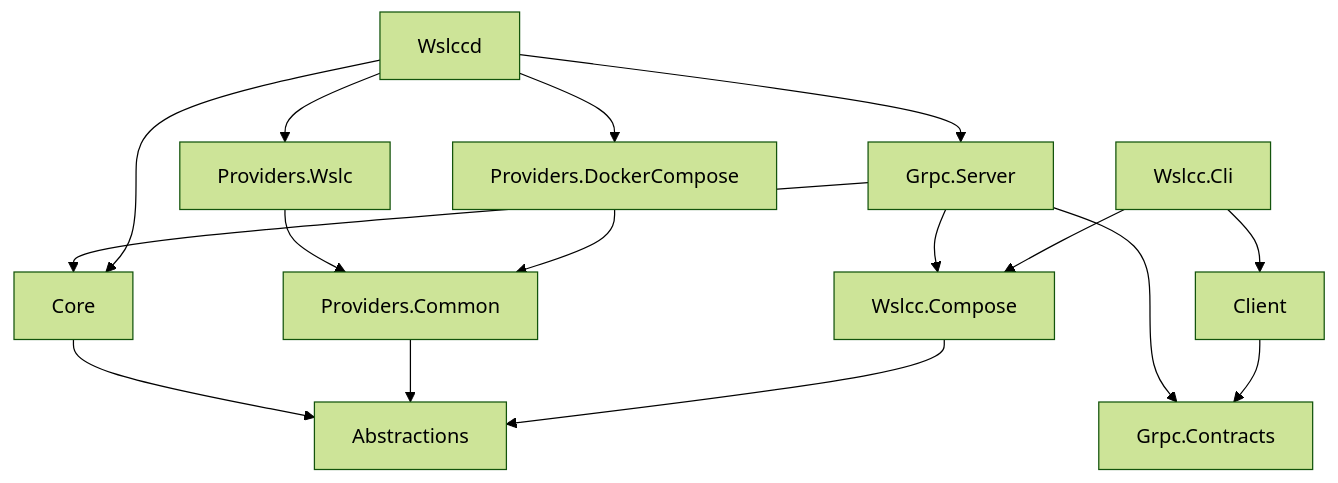
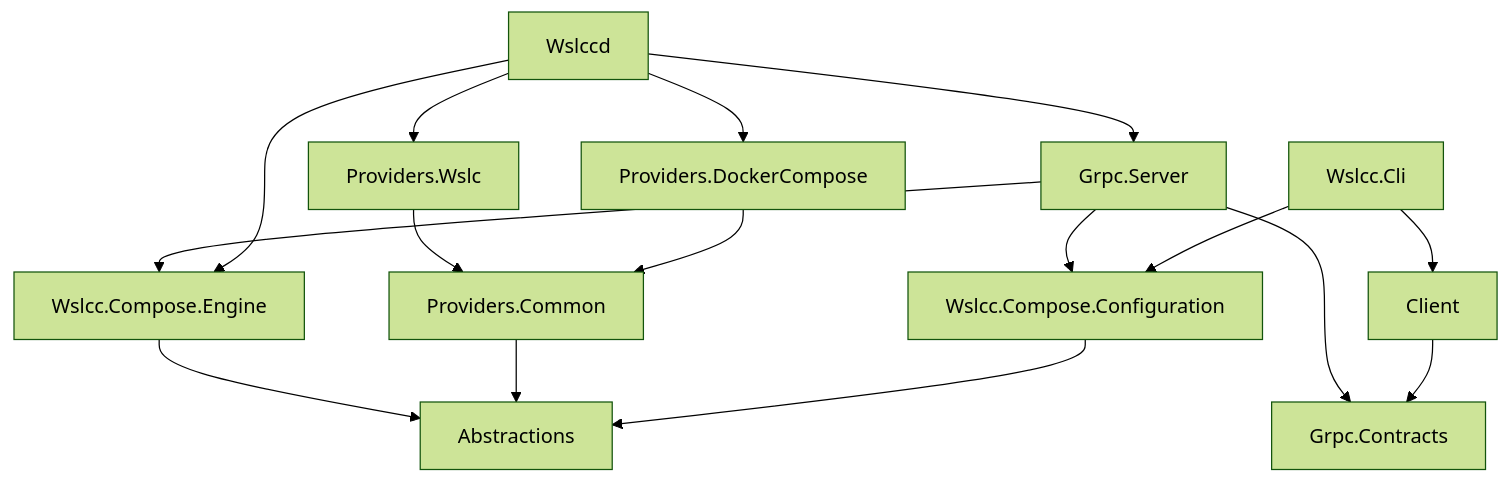
One commit to arepetti/wslcc changed the first of 2 diagrams in docs/architecture.md. Above: the diagram before and after it, drawn with Mermaid (forest theme). The commit also changed other lines of this file and 106 other files, not shown here.

````diff
--- a/docs/architecture.md
+++ b/docs/architecture.md
@@ -25,20 +25,20 @@
 ```mermaid
 graph TD
   Abstractions
-  Core --> Abstractions
+  ComposeEngine[Wslcc.Compose.Engine] --> Abstractions
   ProvidersCommon[Providers.Common] --> Abstractions
   ProvidersWslc[Providers.Wslc] --> ProvidersCommon
   ProvidersDocker[Providers.DockerCompose] --> ProvidersCommon
   Contracts[Grpc.Contracts]
-  Compose[Wslcc.Compose] --> Abstractions
-  Server[Grpc.Server] --> Core
-  Server --> Compose
+  ComposeConfiguration[Wslcc.Compose.Configuration] --> Abstractions
+  Server[Grpc.Server] --> ComposeEngine
+  Server --> ComposeConfiguration
   Server --> Contracts
   Client --> Contracts
   Daemon[Wslccd] --> Server
-  Daemon --> Core
+  Daemon --> ComposeEngine
   Daemon --> ProvidersWslc
   Daemon --> ProvidersDocker
   Cli[Wslcc.Cli] --> Client
-  Cli --> Compose
+  Cli --> ComposeConfiguration
 ```
````
